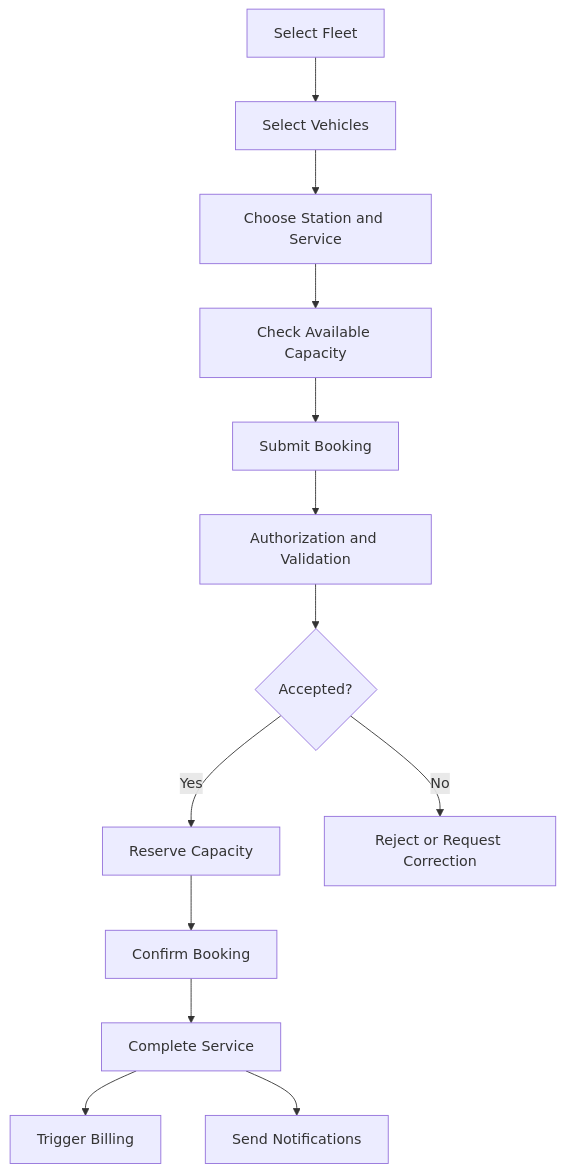
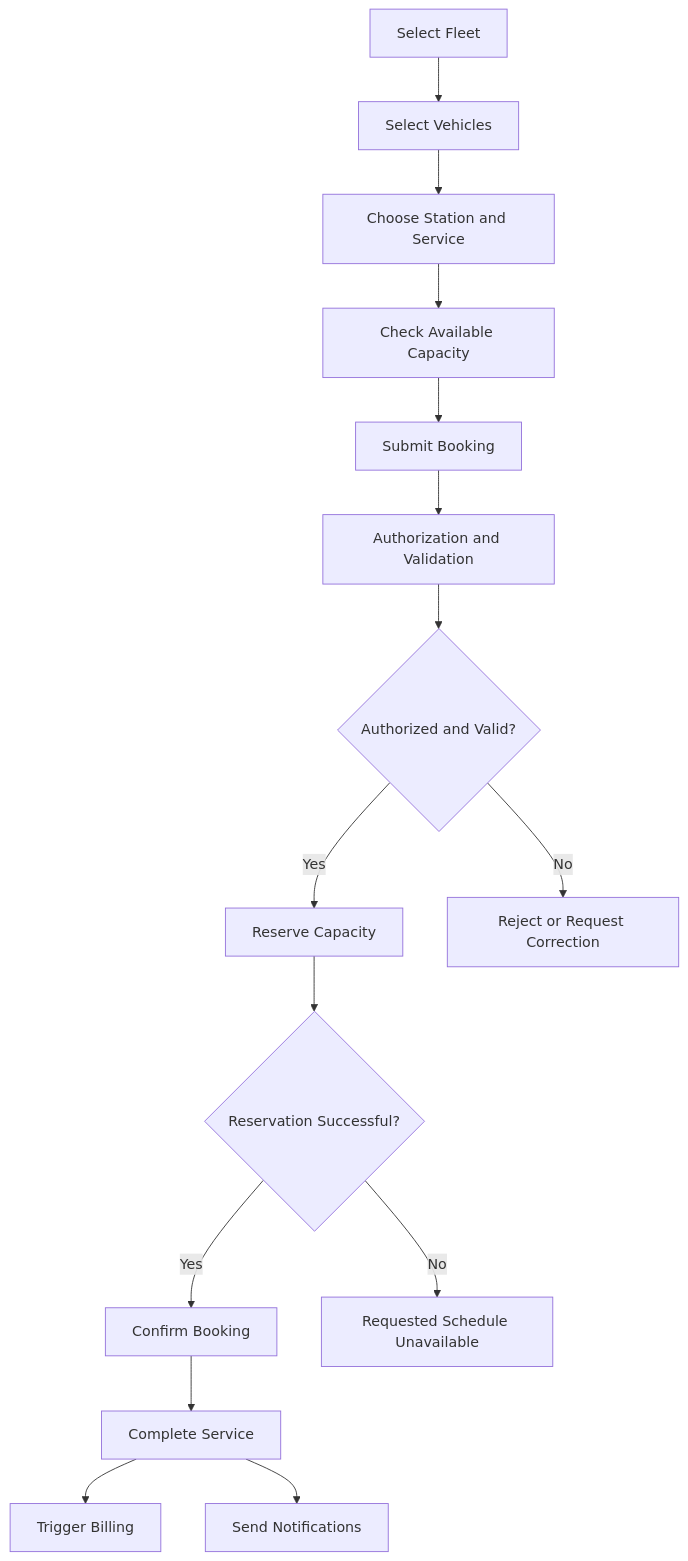
Before and after one commit to sheikh-zeeshan/Enterprise-AI-Engineering-Handbook: the fifth of 13 diagrams in book/46-business-domain.md, drawn with Mermaid. The commit also changed other lines of this file and 3 other files, not shown here.

````diff
--- a/book/46-business-domain.md
+++ b/book/46-business-domain.md
@@ -2570,31 +2595,33 @@
 ```mermaid
 flowchart TD
     A[Select Fleet]
     B[Select Vehicles]
     C[Choose Station and Service]
     D[Check Available Capacity]
     E[Submit Booking]
     F[Authorization and Validation]
-    G{Accepted?}
+    G{Authorized and Valid?}
     H[Reserve Capacity]
     I[Confirm Booking]
     J[Complete Service]
     K[Trigger Billing]
     L[Send Notifications]
     R[Reject or Request Correction]
 
     A --> B
     B --> C
     C --> D
     D --> E
     E --> F
     F --> G
 
     G -->|No| R
     G -->|Yes| H
 
-    H --> I
+    H --> RC{Reservation Successful?}
+    RC -->|No| U[Requested Schedule Unavailable]
+    RC -->|Yes| I
     I --> J
     J --> K
     J --> L
 ```
````
